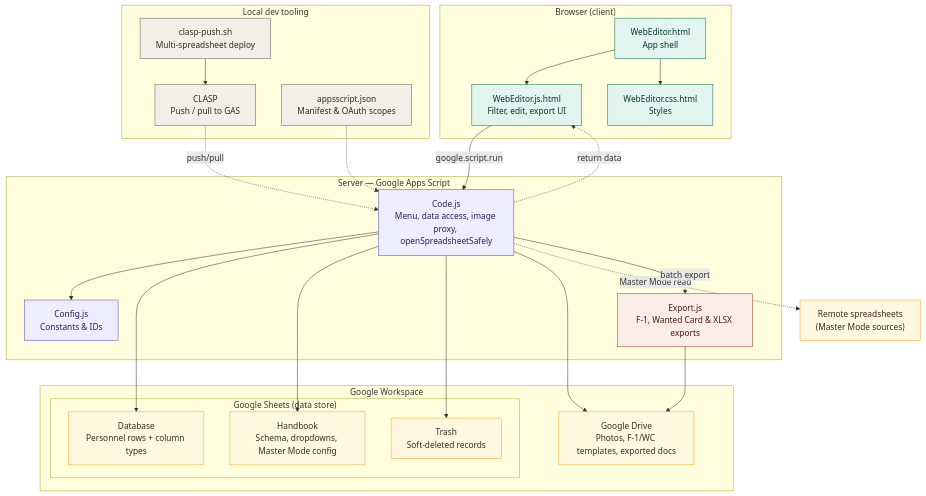
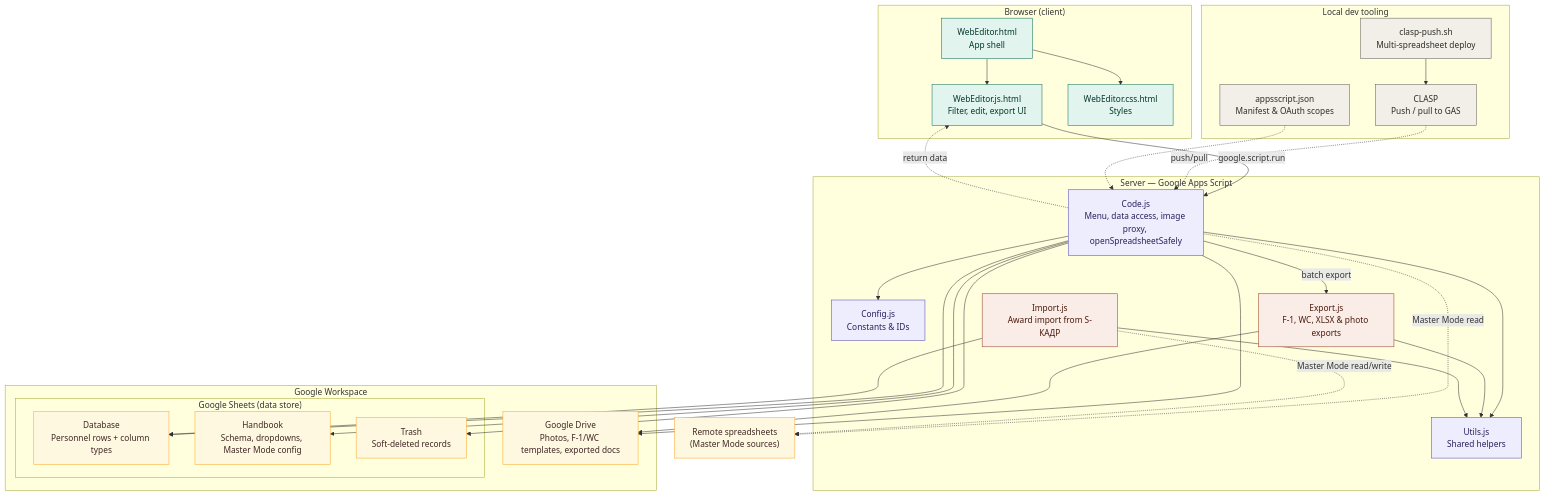
The diagram in README.md (oleksiisedun/personnel-database), drawn with Mermaid before and after one commit. The commit also changed other lines of this file, not shown here.

First line of the commit message:
Update README to cover photo export, award import, and other drift

````diff
--- a/README.md
+++ b/README.md
@@ -9,60 +9,67 @@
 ```mermaid
 flowchart TD
     subgraph client["Browser (client)"]
         html["WebEditor.html<br/>App shell"]
         js["WebEditor.js.html<br/>Filter, edit, export UI"]
         css["WebEditor.css.html<br/>Styles"]
         html --> js
         html --> css
     end
 
     subgraph server["Server — Google Apps Script"]
         config["Config.js<br/>Constants & IDs"]
         code["Code.js<br/>Menu, data access, image proxy, openSpreadsheetSafely"]
-        export["Export.js<br/>F-1, Wanted Card & XLSX exports"]
+        utils["Utils.js<br/>Shared helpers"]
+        export["Export.js<br/>F-1, WC, XLSX & photo exports"]
+        import_["Import.js<br/>Award import from S-КАДР"]
     end
 
     subgraph workspace["Google Workspace"]
         subgraph sheets["Google Sheets (data store)"]
             database["Database<br/>Personnel rows + column types"]
             handbook["Handbook<br/>Schema, dropdowns, Master Mode config"]
             trash["Trash<br/>Soft-deleted records"]
         end
         drive["Google Drive<br/>Photos, F-1/WC templates, exported docs"]
     end
 
     remote["Remote spreadsheets<br/>(Master Mode sources)"]
 
     subgraph devtools["Local dev tooling"]
         clasp["CLASP<br/>Push / pull to GAS"]
         claspPush["clasp-push.sh<br/>Multi-spreadsheet deploy"]
         manifest["appsscript.json<br/>Manifest & OAuth scopes"]
     end
 
     js -- "google.script.run" --> code
     code -. return data .-> js
     code --> config
     code --> database
     code --> handbook
     code --> trash
     code --> drive
     code -. "Master Mode read" .-> remote
     code -- "batch export" --> export
+    code --> utils
+    export --> utils
+    import_ --> utils
     export --> drive
+    import_ -. "Master Mode read/write" .-> remote
+    import_ --> database
 
     clasp -.->|push/pull| code
     claspPush --> clasp
     manifest -.-> code
 
     classDef code   fill:#EEEDFE,stroke:#534AB7,color:#26215C
     classDef client fill:#E1F5EE,stroke:#0F6E56,color:#04342C
     classDef store  fill:#FFF8E1,stroke:#F9A825,color:#3E2723
     classDef export fill:#FAECE7,stroke:#993C1D,color:#4A1B0C
     classDef devtools fill:#F1EFE8,stroke:#5F5E5A,color:#2C2C2A
 
     class html,js,css client
-    class config,code code
+    class config,code,utils code
     class database,handbook,trash,drive,remote store
-    class export export
+    class export,import_ export
     class clasp,claspPush,manifest devtools
 ```
````
